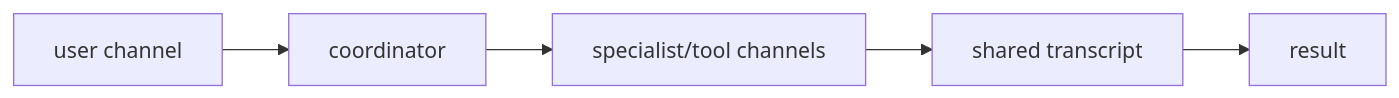
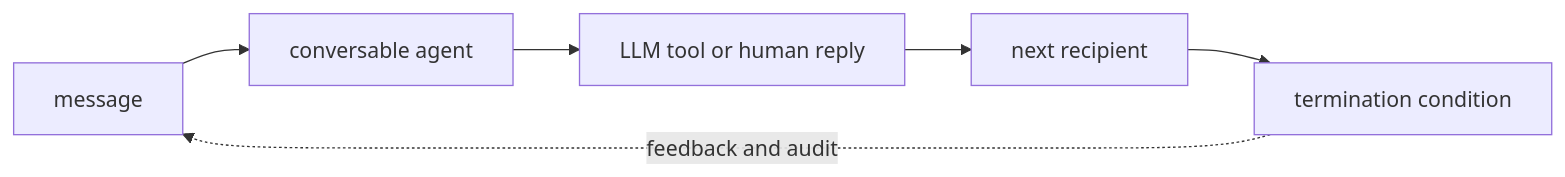
Before and after one commit to niyama-admin/learning-lab: the first of 2 diagrams in llm-learning-repository/tutorials/04-agents-and-protocols/18-autogen.md, drawn with Mermaid. The commit also changed other lines of this file and 24 other files, not shown here.

````diff
--- a/llm-learning-repository/tutorials/04-agents-and-protocols/18-autogen.md
+++ b/llm-learning-repository/tutorials/04-agents-and-protocols/18-autogen.md
@@ -9,7 +22,8 @@
 ```mermaid
 flowchart LR
-  A["user channel"] --> B["coordinator"]
-  B["coordinator"] --> C["specialist/tool channels"]
-  C["specialist/tool channels"] --> D["shared transcript"]
-  D["shared transcript"] --> E["result"]
+  A["message"] --> B["conversable agent"]
+  B --> C["LLM tool or human reply"]
+  C --> D["next recipient"]
+  D --> E["termination condition"]
+  E -. feedback and audit .-> A
 ```
````
